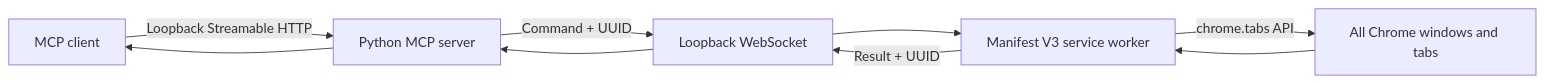
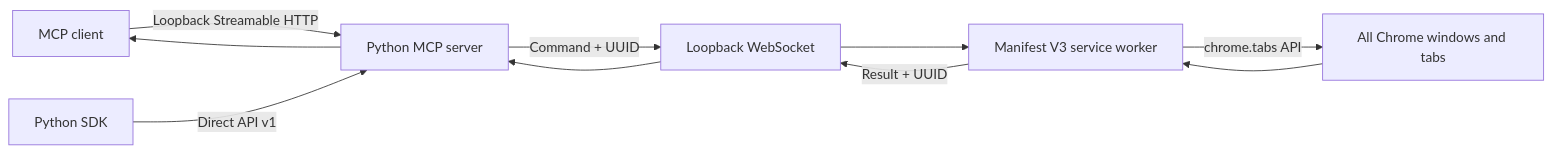
The first of 2 diagrams in docs/architecture.md (kiarina/chrome-bridge), drawn with Mermaid before and after one commit. The commit also changed other lines of this file and 34 other files, not shown here.

Commit message:
feat: add direct API and managed server SDK

````diff
--- a/docs/architecture.md
+++ b/docs/architecture.md
@@ -5,11 +5,12 @@
 ```mermaid
 flowchart LR
     A["MCP client"] -->|"Loopback Streamable HTTP"| S["Python MCP server"]
+    D["Python SDK"] -->|"Direct API v1"| S
     S -->|"Command + UUID"| W["Loopback WebSocket"]
     W --> E["Manifest V3 service worker"]
     E -->|"chrome.tabs API"| C["All Chrome windows and tabs"]
     C --> E
     E -->|"Result + UUID"| W
     W --> S
     S --> A
 ```
````
